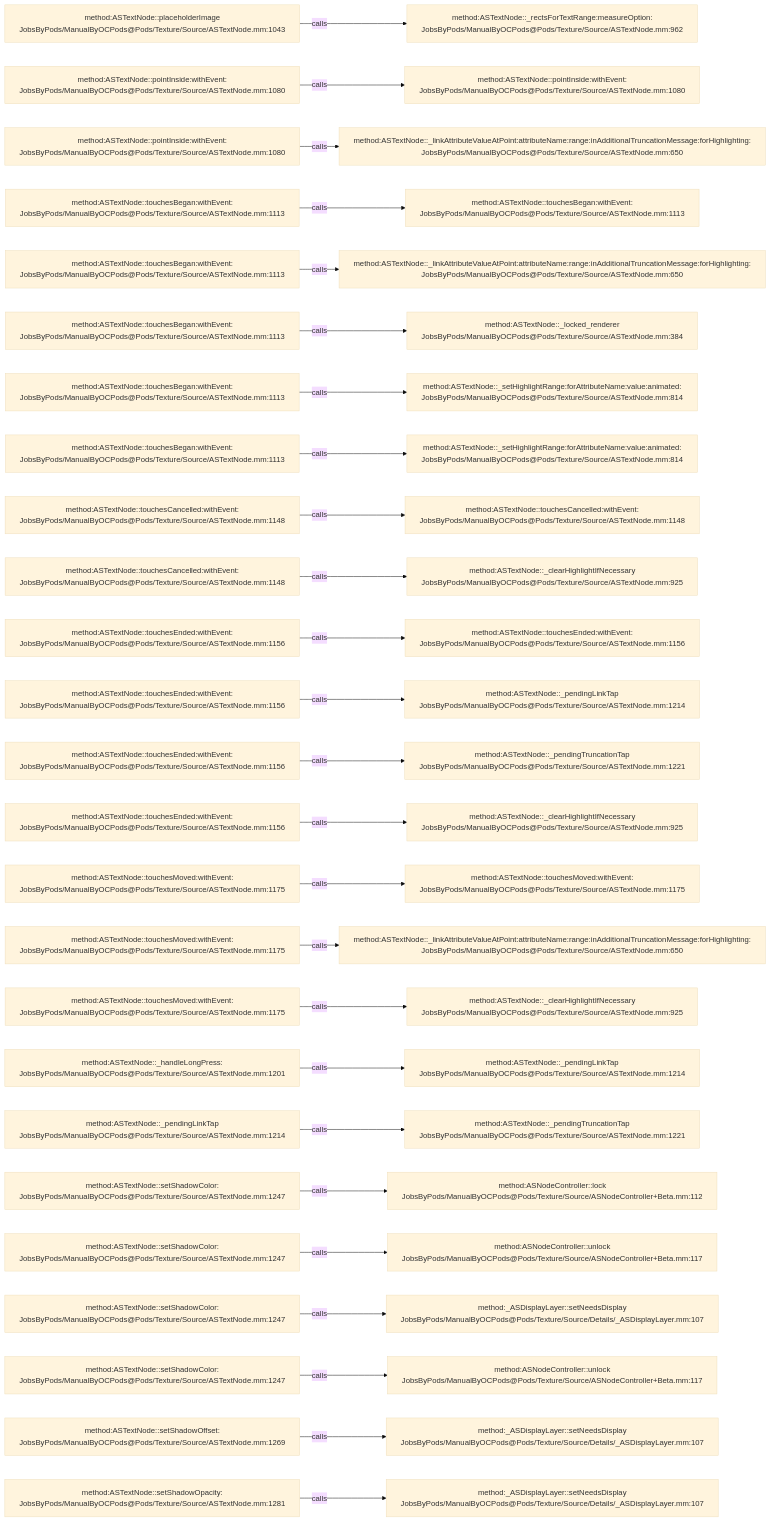
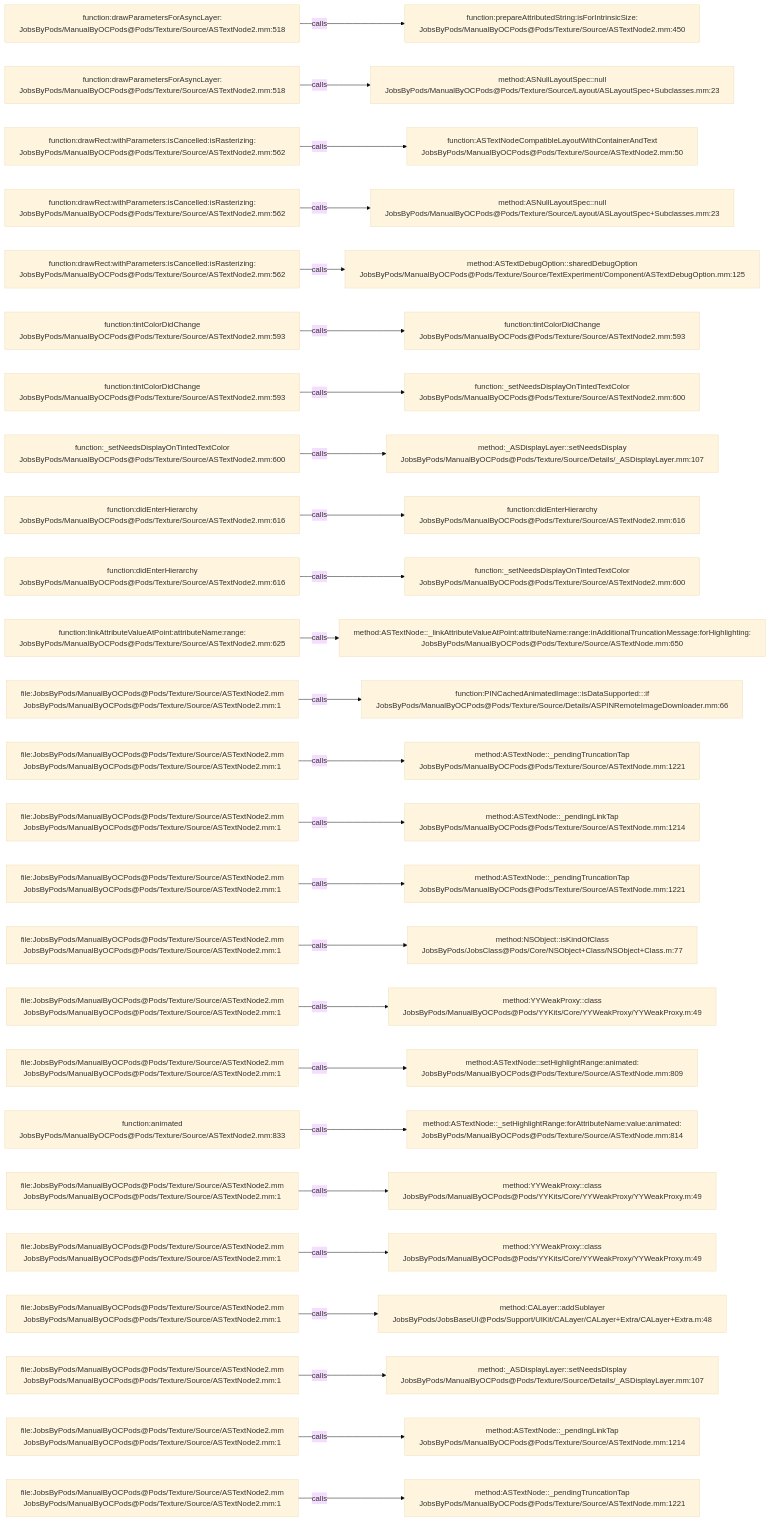
One commit to JobsKits/JobsOCBaseConfigDemo changed the diagram in .codegraph/codegraph.md/graphs/calls-138.md. Above: the diagram before and after it, drawn with Mermaid (base theme). The commit also changed 1353 other files, not shown here.

````diff
--- a/.codegraph/codegraph.md/graphs/calls-138.md
+++ b/.codegraph/codegraph.md/graphs/calls-138.md
@@ -13,78 +13,78 @@
 ```mermaid
 flowchart LR
-  S1["method:ASTextNode::placeholderImage<br/>JobsByPods/ManualByOCPods@Pods/Texture/Source/ASTextNode.mm:1043"]
-  T1["method:ASTextNode::_rectsForTextRange:measureOption:<br/>JobsByPods/ManualByOCPods@Pods/Texture/Source/ASTextNode.mm:962"]
+  S1["function:drawParametersForAsyncLayer:<br/>JobsByPods/ManualByOCPods@Pods/Texture/Source/ASTextNode2.mm:518"]
+  T1["function:prepareAttributedString:isForIntrinsicSize:<br/>JobsByPods/ManualByOCPods@Pods/Texture/Source/ASTextNode2.mm:450"]
   S1 -->|calls| T1
-  S2["method:ASTextNode::pointInside:withEvent:<br/>JobsByPods/ManualByOCPods@Pods/Texture/Source/ASTextNode.mm:1080"]
-  T2["method:ASTextNode::pointInside:withEvent:<br/>JobsByPods/ManualByOCPods@Pods/Texture/Source/ASTextNode.mm:1080"]
+  S2["function:drawParametersForAsyncLayer:<br/>JobsByPods/ManualByOCPods@Pods/Texture/Source/ASTextNode2.mm:518"]
+  T2["method:ASNullLayoutSpec::null<br/>JobsByPods/ManualByOCPods@Pods/Texture/Source/Layout/ASLayoutSpec+Subclasses.mm:23"]
   S2 -->|calls| T2
-  S3["method:ASTextNode::pointInside:withEvent:<br/>JobsByPods/ManualByOCPods@Pods/Texture/Source/ASTextNode.mm:1080"]
-  T3["method:ASTextNode::_linkAttributeValueAtPoint:attributeName:range:inAdditionalTruncationMessage:forHighlighting:<br/>JobsByPods/ManualByOCPods@Pods/Texture/Source/ASTextNode.mm:650"]
+  S3["function:drawRect:withParameters:isCancelled:isRasterizing:<br/>JobsByPods/ManualByOCPods@Pods/Texture/Source/ASTextNode2.mm:562"]
+  T3["function:ASTextNodeCompatibleLayoutWithContainerAndText<br/>JobsByPods/ManualByOCPods@Pods/Texture/Source/ASTextNode2.mm:50"]
   S3 -->|calls| T3
-  S4["method:ASTextNode::touchesBegan:withEvent:<br/>JobsByPods/ManualByOCPods@Pods/Texture/Source/ASTextNode.mm:1113"]
-  T4["method:ASTextNode::touchesBegan:withEvent:<br/>JobsByPods/ManualByOCPods@Pods/Texture/Source/ASTextNode.mm:1113"]
+  S4["function:drawRect:withParameters:isCancelled:isRasterizing:<br/>JobsByPods/ManualByOCPods@Pods/Texture/Source/ASTextNode2.mm:562"]
+  T4["method:ASNullLayoutSpec::null<br/>JobsByPods/ManualByOCPods@Pods/Texture/Source/Layout/ASLayoutSpec+Subclasses.mm:23"]
   S4 -->|calls| T4
-  S5["method:ASTextNode::touchesBegan:withEvent:<br/>JobsByPods/ManualByOCPods@Pods/Texture/Source/ASTextNode.mm:1113"]
-  T5["method:ASTextNode::_linkAttributeValueAtPoint:attributeName:range:inAdditionalTruncationMessage:forHighlighting:<br/>JobsByPods/ManualByOCPods@Pods/Texture/Source/ASTextNode.mm:650"]
+  S5["function:drawRect:withParameters:isCancelled:isRasterizing:<br/>JobsByPods/ManualByOCPods@Pods/Texture/Source/ASTextNode2.mm:562"]
+  T5["method:ASTextDebugOption::sharedDebugOption<br/>JobsByPods/ManualByOCPods@Pods/Texture/Source/TextExperiment/Component/ASTextDebugOption.mm:125"]
   S5 -->|calls| T5
-  S6["method:ASTextNode::touchesBegan:withEvent:<br/>JobsByPods/ManualByOCPods@Pods/Texture/Source/ASTextNode.mm:1113"]
-  T6["method:ASTextNode::_locked_renderer<br/>JobsByPods/ManualByOCPods@Pods/Texture/Source/ASTextNode.mm:384"]
+  S6["function:tintColorDidChange<br/>JobsByPods/ManualByOCPods@Pods/Texture/Source/ASTextNode2.mm:593"]
+  T6["function:tintColorDidChange<br/>JobsByPods/ManualByOCPods@Pods/Texture/Source/ASTextNode2.mm:593"]
   S6 -->|calls| T6
-  S7["method:ASTextNode::touchesBegan:withEvent:<br/>JobsByPods/ManualByOCPods@Pods/Texture/Source/ASTextNode.mm:1113"]
-  T7["method:ASTextNode::_setHighlightRange:forAttributeName:value:animated:<br/>JobsByPods/ManualByOCPods@Pods/Texture/Source/ASTextNode.mm:814"]
+  S7["function:tintColorDidChange<br/>JobsByPods/ManualByOCPods@Pods/Texture/Source/ASTextNode2.mm:593"]
+  T7["function:_setNeedsDisplayOnTintedTextColor<br/>JobsByPods/ManualByOCPods@Pods/Texture/Source/ASTextNode2.mm:600"]
   S7 -->|calls| T7
-  S8["method:ASTextNode::touchesBegan:withEvent:<br/>JobsByPods/ManualByOCPods@Pods/Texture/Source/ASTextNode.mm:1113"]
-  T8["method:ASTextNode::_setHighlightRange:forAttributeName:value:animated:<br/>JobsByPods/ManualByOCPods@Pods/Texture/Source/ASTextNode.mm:814"]
+  S8["function:_setNeedsDisplayOnTintedTextColor<br/>JobsByPods/ManualByOCPods@Pods/Texture/Source/ASTextNode2.mm:600"]
+  T8["method:_ASDisplayLayer::setNeedsDisplay<br/>JobsByPods/ManualByOCPods@Pods/Texture/Source/Details/_ASDisplayLayer.mm:107"]
   S8 -->|calls| T8
-  S9["method:ASTextNode::touchesCancelled:withEvent:<br/>JobsByPods/ManualByOCPods@Pods/Texture/Source/ASTextNode.mm:1148"]
-  T9["method:ASTextNode::touchesCancelled:withEvent:<br/>JobsByPods/ManualByOCPods@Pods/Texture/Source/ASTextNode.mm:1148"]
+  S9["function:didEnterHierarchy<br/>JobsByPods/ManualByOCPods@Pods/Texture/Source/ASTextNode2.mm:616"]
+  T9["function:didEnterHierarchy<br/>JobsByPods/ManualByOCPods@Pods/Texture/Source/ASTextNode2.mm:616"]
   S9 -->|calls| T9
-  S10["method:ASTextNode::touchesCancelled:withEvent:<br/>JobsByPods/ManualByOCPods@Pods/Texture/Source/ASTextNode.mm:1148"]
-  T10["method:ASTextNode::_clearHighlightIfNecessary<br/>JobsByPods/ManualByOCPods@Pods/Texture/Source/ASTextNode.mm:925"]
+  S10["function:didEnterHierarchy<br/>JobsByPods/ManualByOCPods@Pods/Texture/Source/ASTextNode2.mm:616"]
+  T10["function:_setNeedsDisplayOnTintedTextColor<br/>JobsByPods/ManualByOCPods@Pods/Texture/Source/ASTextNode2.mm:600"]
   S10 -->|calls| T10
-  S11["method:ASTextNode::touchesEnded:withEvent:<br/>JobsByPods/ManualByOCPods@Pods/Texture/Source/ASTextNode.mm:1156"]
-  T11["method:ASTextNode::touchesEnded:withEvent:<br/>JobsByPods/ManualByOCPods@Pods/Texture/Source/ASTextNode.mm:1156"]
+  S11["function:linkAttributeValueAtPoint:attributeName:range:<br/>JobsByPods/ManualByOCPods@Pods/Texture/Source/ASTextNode2.mm:625"]
+  T11["method:ASTextNode::_linkAttributeValueAtPoint:attributeName:range:inAdditionalTruncationMessage:forHighlighting:<br/>JobsByPods/ManualByOCPods@Pods/Texture/Source/ASTextNode.mm:650"]
   S11 -->|calls| T11
-  S12["method:ASTextNode::touchesEnded:withEvent:<br/>JobsByPods/ManualByOCPods@Pods/Texture/Source/ASTextNode.mm:1156"]
-  T12["method:ASTextNode::_pendingLinkTap<br/>JobsByPods/ManualByOCPods@Pods/Texture/Source/ASTextNode.mm:1214"]
+  S12["file:JobsByPods/ManualByOCPods@Pods/Texture/Source/ASTextNode2.mm<br/>JobsByPods/ManualByOCPods@Pods/Texture/Source/ASTextNode2.mm:1"]
+  T12["function:PINCachedAnimatedImage::isDataSupported:::if<br/>JobsByPods/ManualByOCPods@Pods/Texture/Source/Details/ASPINRemoteImageDownloader.mm:66"]
   S12 -->|calls| T12
-  S13["method:ASTextNode::touchesEnded:withEvent:<br/>JobsByPods/ManualByOCPods@Pods/Texture/Source/ASTextNode.mm:1156"]
+  S13["file:JobsByPods/ManualByOCPods@Pods/Texture/Source/ASTextNode2.mm<br/>JobsByPods/ManualByOCPods@Pods/Texture/Source/ASTextNode2.mm:1"]
   T13["method:ASTextNode::_pendingTruncationTap<br/>JobsByPods/ManualByOCPods@Pods/Texture/Source/ASTextNode.mm:1221"]
   S13 -->|calls| T13
-  S14["method:ASTextNode::touchesEnded:withEvent:<br/>JobsByPods/ManualByOCPods@Pods/Texture/Source/ASTextNode.mm:1156"]
-  T14["method:ASTextNode::_clearHighlightIfNecessary<br/>JobsByPods/ManualByOCPods@Pods/Texture/Source/ASTextNode.mm:925"]
+  S14["file:JobsByPods/ManualByOCPods@Pods/Texture/Source/ASTextNode2.mm<br/>JobsByPods/ManualByOCPods@Pods/Texture/Source/ASTextNode2.mm:1"]
+  T14["method:ASTextNode::_pendingLinkTap<br/>JobsByPods/ManualByOCPods@Pods/Texture/Source/ASTextNode.mm:1214"]
   S14 -->|calls| T14
-  S15["method:ASTextNode::touchesMoved:withEvent:<br/>JobsByPods/ManualByOCPods@Pods/Texture/Source/ASTextNode.mm:1175"]
-  T15["method:ASTextNode::touchesMoved:withEvent:<br/>JobsByPods/ManualByOCPods@Pods/Texture/Source/ASTextNode.mm:1175"]
+  S15["file:JobsByPods/ManualByOCPods@Pods/Texture/Source/ASTextNode2.mm<br/>JobsByPods/ManualByOCPods@Pods/Texture/Source/ASTextNode2.mm:1"]
+  T15["method:ASTextNode::_pendingTruncationTap<br/>JobsByPods/ManualByOCPods@Pods/Texture/Source/ASTextNode.mm:1221"]
   S15 -->|calls| T15
-  S16["method:ASTextNode::touchesMoved:withEvent:<br/>JobsByPods/ManualByOCPods@Pods/Texture/Source/ASTextNode.mm:1175"]
-  T16["method:ASTextNode::_linkAttributeValueAtPoint:attributeName:range:inAdditionalTruncationMessage:forHighlighting:<br/>JobsByPods/ManualByOCPods@Pods/Texture/Source/ASTextNode.mm:650"]
+  S16["file:JobsByPods/ManualByOCPods@Pods/Texture/Source/ASTextNode2.mm<br/>JobsByPods/ManualByOCPods@Pods/Texture/Source/ASTextNode2.mm:1"]
+  T16["method:NSObject::isKindOfClass<br/>JobsByPods/JobsClass@Pods/Core/NSObject+Class/NSObject+Class.m:77"]
   S16 -->|calls| T16
-  S17["method:ASTextNode::touchesMoved:withEvent:<br/>JobsByPods/ManualByOCPods@Pods/Texture/Source/ASTextNode.mm:1175"]
-  T17["method:ASTextNode::_clearHighlightIfNecessary<br/>JobsByPods/ManualByOCPods@Pods/Texture/Source/ASTextNode.mm:925"]
+  S17["file:JobsByPods/ManualByOCPods@Pods/Texture/Source/ASTextNode2.mm<br/>JobsByPods/ManualByOCPods@Pods/Texture/Source/ASTextNode2.mm:1"]
+  T17["method:YYWeakProxy::class<br/>JobsByPods/ManualByOCPods@Pods/YYKits/Core/YYWeakProxy/YYWeakProxy.m:49"]
   S17 -->|calls| T17
-  S18["method:ASTextNode::_handleLongPress:<br/>JobsByPods/ManualByOCPods@Pods/Texture/Source/ASTextNode.mm:1201"]
-  T18["method:ASTextNode::_pendingLinkTap<br/>JobsByPods/ManualByOCPods@Pods/Texture/Source/ASTextNode.mm:1214"]
+  S18["file:JobsByPods/ManualByOCPods@Pods/Texture/Source/ASTextNode2.mm<br/>JobsByPods/ManualByOCPods@Pods/Texture/Source/ASTextNode2.mm:1"]
+  T18["method:ASTextNode::setHighlightRange:animated:<br/>JobsByPods/ManualByOCPods@Pods/Texture/Source/ASTextNode.mm:809"]
   S18 -->|calls| T18
-  S19["method:ASTextNode::_pendingLinkTap<br/>JobsByPods/ManualByOCPods@Pods/Texture/Source/ASTextNode.mm:1214"]
-  T19["method:ASTextNode::_pendingTruncationTap<br/>JobsByPods/ManualByOCPods@Pods/Texture/Source/ASTextNode.mm:1221"]
+  S19["function:animated<br/>JobsByPods/ManualByOCPods@Pods/Texture/Source/ASTextNode2.mm:833"]
+  T19["method:ASTextNode::_setHighlightRange:forAttributeName:value:animated:<br/>JobsByPods/ManualByOCPods@Pods/Texture/Source/ASTextNode.mm:814"]
   S19 -->|calls| T19
-  S20["method:ASTextNode::setShadowColor:<br/>JobsByPods/ManualByOCPods@Pods/Texture/Source/ASTextNode.mm:1247"]
-  T20["method:ASNodeController::lock<br/>JobsByPods/ManualByOCPods@Pods/Texture/Source/ASNodeController+Beta.mm:112"]
+  S20["file:JobsByPods/ManualByOCPods@Pods/Texture/Source/ASTextNode2.mm<br/>JobsByPods/ManualByOCPods@Pods/Texture/Source/ASTextNode2.mm:1"]
+  T20["method:YYWeakProxy::class<br/>JobsByPods/ManualByOCPods@Pods/YYKits/Core/YYWeakProxy/YYWeakProxy.m:49"]
   S20 -->|calls| T20
-  S21["method:ASTextNode::setShadowColor:<br/>JobsByPods/ManualByOCPods@Pods/Texture/Source/ASTextNode.mm:1247"]
-  T21["method:ASNodeController::unlock<br/>JobsByPods/ManualByOCPods@Pods/Texture/Source/ASNodeController+Beta.mm:117"]
+  S21["file:JobsByPods/ManualByOCPods@Pods/Texture/Source/ASTextNode2.mm<br/>JobsByPods/ManualByOCPods@Pods/Texture/Source/ASTextNode2.mm:1"]
+  T21["method:YYWeakProxy::class<br/>JobsByPods/ManualByOCPods@Pods/YYKits/Core/YYWeakProxy/YYWeakProxy.m:49"]
   S21 -->|calls| T21
-  S22["method:ASTextNode::setShadowColor:<br/>JobsByPods/ManualByOCPods@Pods/Texture/Source/ASTextNode.mm:1247"]
-  T22["method:_ASDisplayLayer::setNeedsDisplay<br/>JobsByPods/ManualByOCPods@Pods/Texture/Source/Details/_ASDisplayLayer.mm:107"]
+  S22["file:JobsByPods/ManualByOCPods@Pods/Texture/Source/ASTextNode2.mm<br/>JobsByPods/ManualByOCPods@Pods/Texture/Source/ASTextNode2.mm:1"]
+  T22["method:CALayer::addSublayer<br/>JobsByPods/JobsBaseUI@Pods/Support/UIKit/CALayer/CALayer+Extra/CALayer+Extra.m:48"]
   S22 -->|calls| T22
-  S23["method:ASTextNode::setShadowColor:<br/>JobsByPods/ManualByOCPods@Pods/Texture/Source/ASTextNode.mm:1247"]
-  T23["method:ASNodeController::unlock<br/>JobsByPods/ManualByOCPods@Pods/Texture/Source/ASNodeController+Beta.mm:117"]
+  S23["file:JobsByPods/ManualByOCPods@Pods/Texture/Source/ASTextNode2.mm<br/>JobsByPods/ManualByOCPods@Pods/Texture/Source/ASTextNode2.mm:1"]
+  T23["method:_ASDisplayLayer::setNeedsDisplay<br/>JobsByPods/ManualByOCPods@Pods/Texture/Source/Details/_ASDisplayLayer.mm:107"]
   S23 -->|calls| T23
-  S24["method:ASTextNode::setShadowOffset:<br/>JobsByPods/ManualByOCPods@Pods/Texture/Source/ASTextNode.mm:1269"]
-  T24["method:_ASDisplayLayer::setNeedsDisplay<br/>JobsByPods/ManualByOCPods@Pods/Texture/Source/Details/_ASDisplayLayer.mm:107"]
+  S24["file:JobsByPods/ManualByOCPods@Pods/Texture/Source/ASTextNode2.mm<br/>JobsByPods/ManualByOCPods@Pods/Texture/Source/ASTextNode2.mm:1"]
+  T24["method:ASTextNode::_pendingLinkTap<br/>JobsByPods/ManualByOCPods@Pods/Texture/Source/ASTextNode.mm:1214"]
   S24 -->|calls| T24
-  S25["method:ASTextNode::setShadowOpacity:<br/>JobsByPods/ManualByOCPods@Pods/Texture/Source/ASTextNode.mm:1281"]
-  T25["method:_ASDisplayLayer::setNeedsDisplay<br/>JobsByPods/ManualByOCPods@Pods/Texture/Source/Details/_ASDisplayLayer.mm:107"]
+  S25["file:JobsByPods/ManualByOCPods@Pods/Texture/Source/ASTextNode2.mm<br/>JobsByPods/ManualByOCPods@Pods/Texture/Source/ASTextNode2.mm:1"]
+  T25["method:ASTextNode::_pendingTruncationTap<br/>JobsByPods/ManualByOCPods@Pods/Texture/Source/ASTextNode.mm:1221"]
   S25 -->|calls| T25
 ```
````
